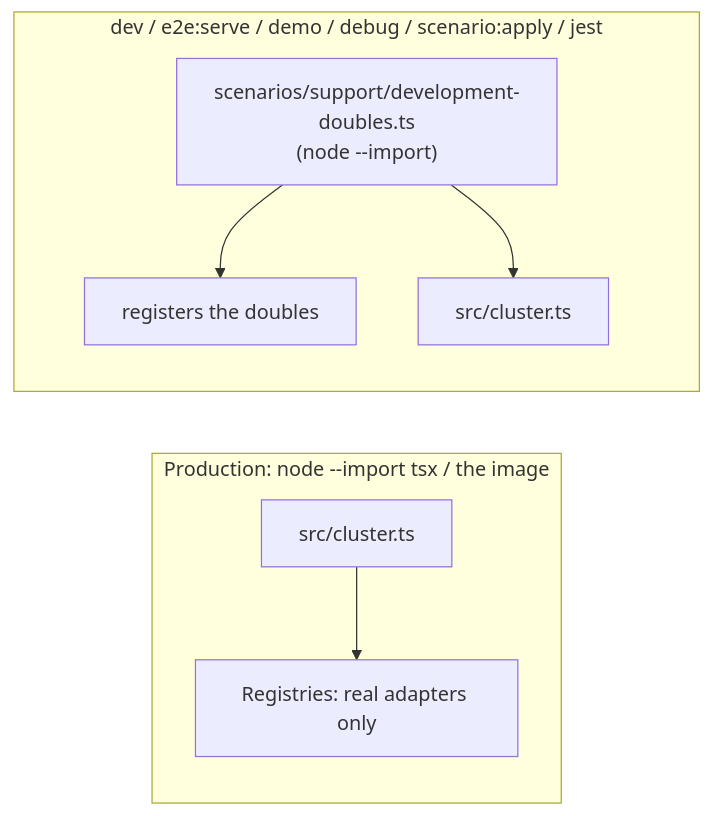
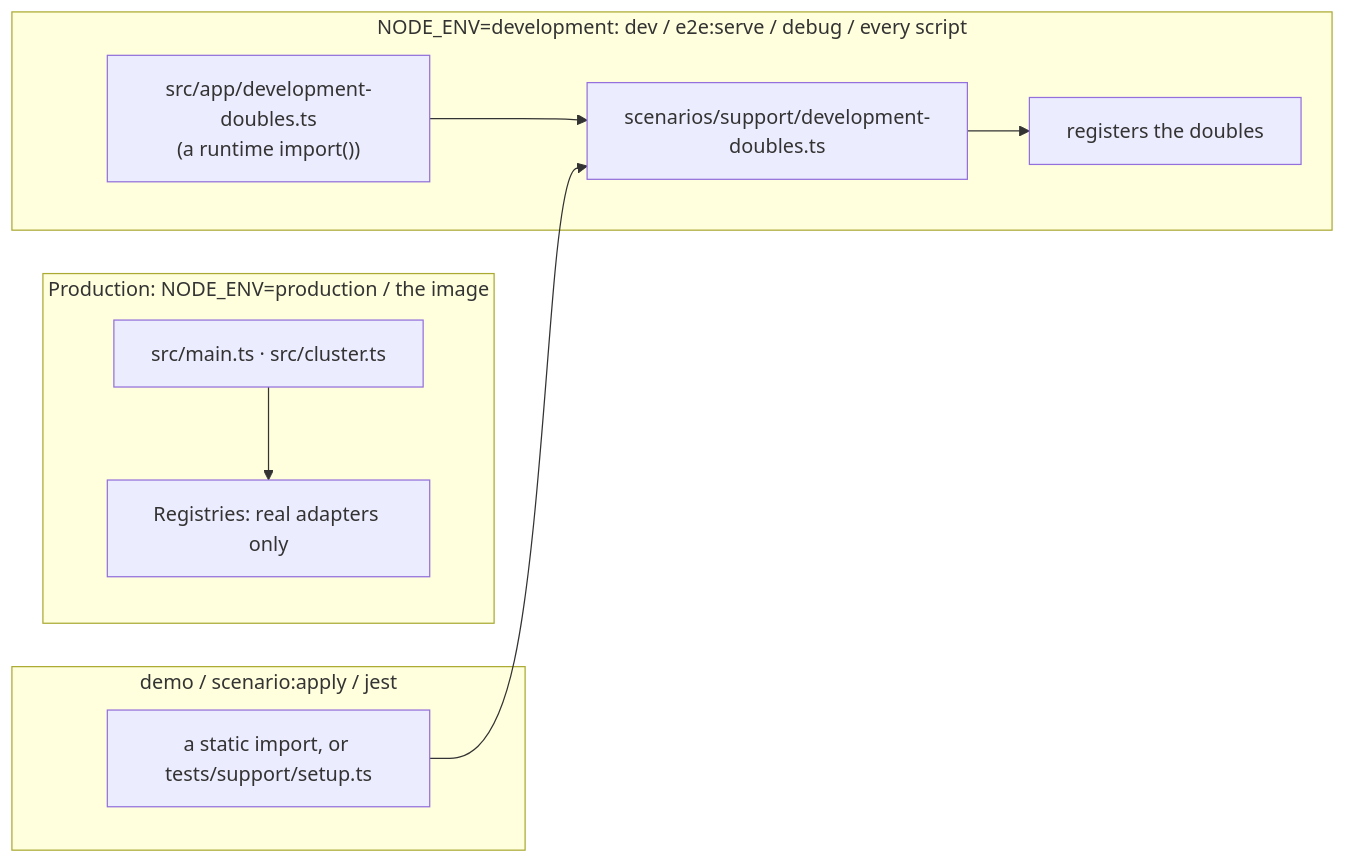
Before and after one commit to Guebbit/boilerplate-node-backend: the diagram in docs/build/test-doubles.md, drawn with Mermaid. The commit also changed other lines of this file and 47 other files, not shown here.

First line of the commit message:
refactor(config): a development process loads the dev doubles at boot, not through a preload

````diff
--- a/docs/build/test-doubles.md
+++ b/docs/build/test-doubles.md
@@ -14,10 +14,13 @@
 ```mermaid
 flowchart LR
-    subgraph image["Production: node --import tsx / the image"]
-        cluster["src/cluster.ts"] --> registries["Registries: real adapters only"]
+    subgraph image["Production: NODE_ENV=production / the image"]
+        entry["src/main.ts · src/cluster.ts"] --> registries["Registries: real adapters only"]
     end
-    subgraph dev["dev / e2e:serve / demo / debug / scenario:apply / jest"]
-        preload["scenarios/support/development-doubles.ts<br/>(node --import)"] --> doubles["registers the doubles"]
-        preload --> cluster2["src/cluster.ts"]
+    subgraph dev["NODE_ENV=development: dev / e2e:serve / debug / every script"]
+        loader["src/app/development-doubles.ts<br/>(a runtime import())"] --> file["scenarios/support/development-doubles.ts"]
+        file --> doubles["registers the doubles"]
+    end
+    subgraph other["demo / scenario:apply / jest"]
+        direct["a static import, or tests/support/setup.ts"] --> file
     end
 ```
````
